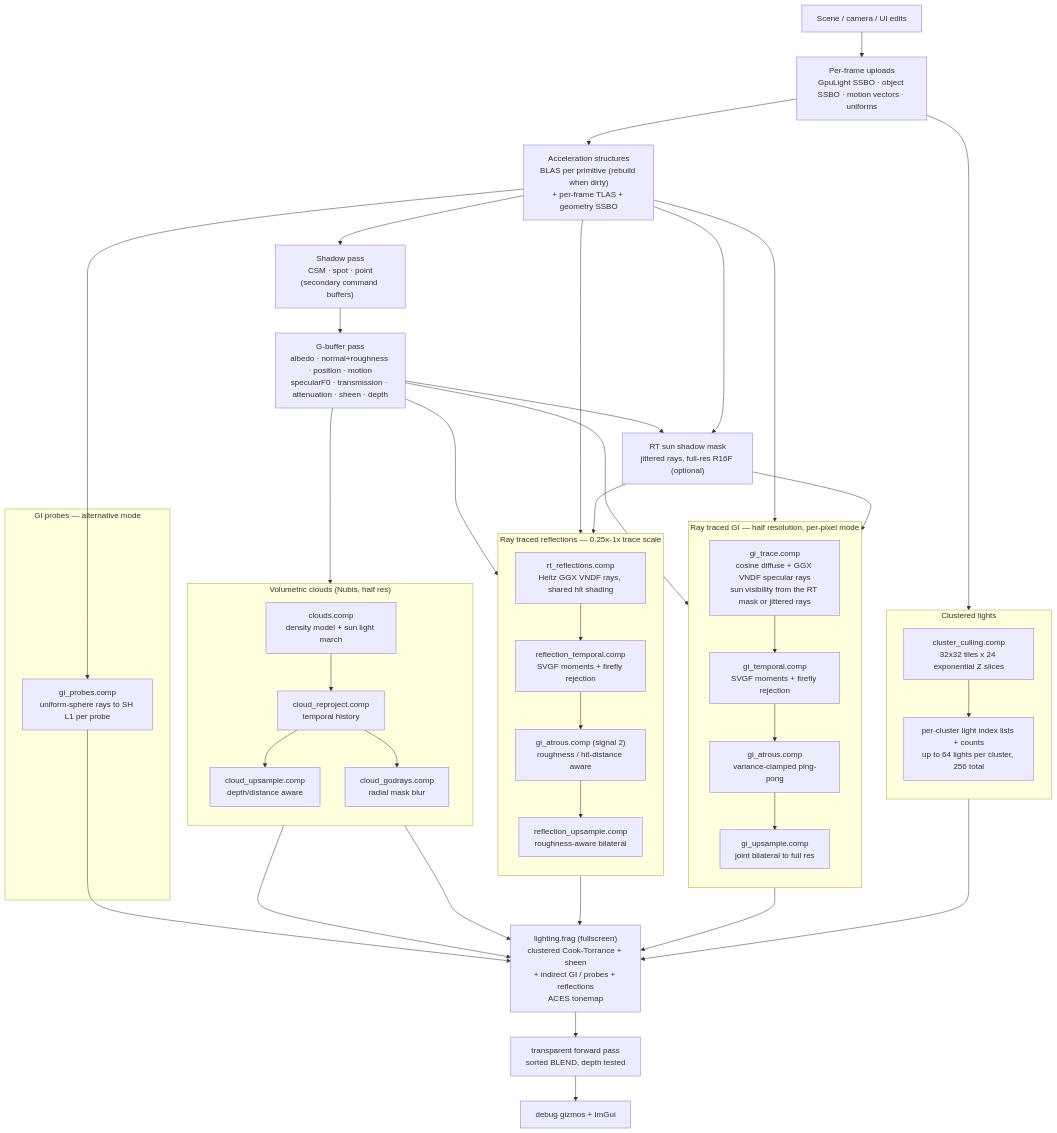
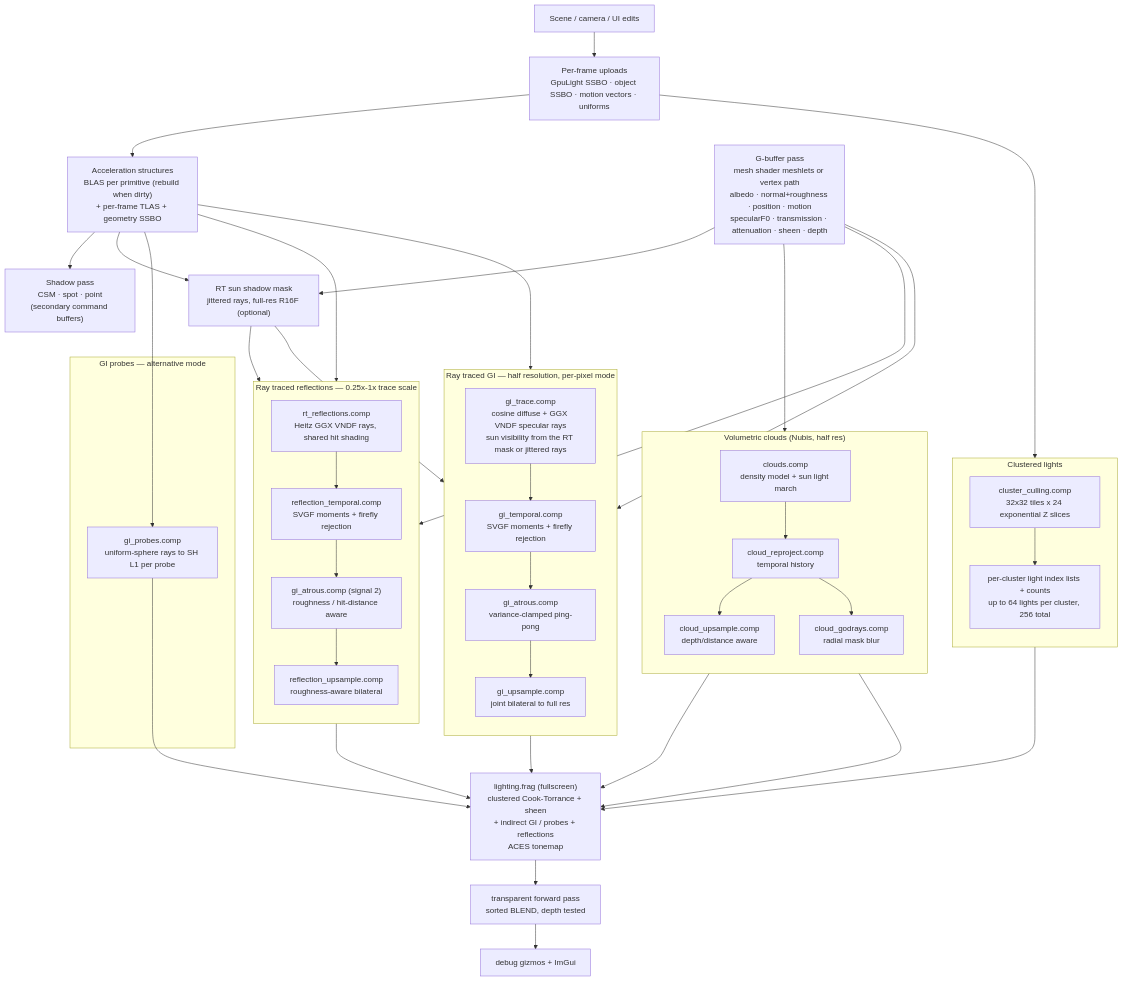
Before and after one commit to mukarramarif/MukkiRebornEngine: the diagram in readme.md, drawn with Mermaid. The commit also changed other lines of this file and 27 other files, not shown here.

````diff
--- a/readme.md
+++ b/readme.md
@@ -130,68 +130,68 @@
 ```mermaid
 flowchart TB
     CPU["Scene / camera / UI edits"] --> UPLOAD["Per-frame uploads<br/>GpuLight SSBO · object SSBO · motion vectors · uniforms"]
     UPLOAD --> AS["Acceleration structures<br/>BLAS per primitive (rebuild when dirty)<br/>+ per-frame TLAS + geometry SSBO"]
 
     AS --> SHADOW["Shadow pass<br/>CSM · spot · point<br/>(secondary command buffers)"]
-    SHADOW --> GBUFFER["G-buffer pass<br/>albedo · normal+roughness · position · motion<br/>specularF0 · transmission · attenuation · sheen · depth"]
+    GBUFFER["G-buffer pass<br/>mesh shader meshlets or vertex path<br/>albedo · normal+roughness · position · motion<br/>specularF0 · transmission · attenuation · sheen · depth"]
     GBUFFER --> RTSHADOW["RT sun shadow mask<br/>jittered rays, full-res R16F (optional)"]
     AS --> RTSHADOW
 
     subgraph CLUSTERS ["Clustered lights"]
         direction TB
         CULL["cluster_culling.comp<br/>32x32 tiles x 24 exponential Z slices"]
         LISTS["per-cluster light index lists + counts<br/>up to 64 lights per cluster, 256 total"]
         CULL --> LISTS
     end
     UPLOAD --> CULL
 
     subgraph GI ["Ray traced GI — half resolution, per-pixel mode"]
         direction TB
         TRACE["gi_trace.comp<br/>cosine diffuse + GGX VNDF specular rays<br/>sun visibility from the RT mask or jittered rays"]
         TEMPORAL["gi_temporal.comp<br/>SVGF moments + firefly rejection"]
         ATROUS["gi_atrous.comp<br/>variance-clamped ping-pong"]
         UPSAMPLE["gi_upsample.comp<br/>joint bilateral to full res"]
         TRACE --> TEMPORAL --> ATROUS --> UPSAMPLE
     end
     GBUFFER --> TRACE
     AS --> TRACE
     RTSHADOW --> TRACE
 
     subgraph PROBES ["GI probes — alternative mode"]
         PROBEPASS["gi_probes.comp<br/>uniform-sphere rays to SH L1 per probe"]
     end
     AS --> PROBEPASS
 
     subgraph REFL ["Ray traced reflections — 0.25x-1x trace scale"]
         direction TB
         RTRACE["rt_reflections.comp<br/>Heitz GGX VNDF rays, shared hit shading"]
         RTEMPORAL["reflection_temporal.comp<br/>SVGF moments + firefly rejection"]
         RATROUS["gi_atrous.comp (signal 2)<br/>roughness / hit-distance aware"]
         RUP["reflection_upsample.comp<br/>roughness-aware bilateral"]
         RTRACE --> RTEMPORAL --> RATROUS --> RUP
     end
     GBUFFER --> RTRACE
     AS --> RTRACE
     RTSHADOW --> RTRACE
 
     subgraph CLOUDS ["Volumetric clouds (Nubis, half res)"]
         direction TB
         CMARCH["clouds.comp<br/>density model + sun light march"]
         CTEMP["cloud_reproject.comp<br/>temporal history"]
         CUP["cloud_upsample.comp<br/>depth/distance aware"]
         CGOD["cloud_godrays.comp<br/>radial mask blur"]
         CMARCH --> CTEMP --> CUP
         CTEMP --> CGOD
     end
     GBUFFER --> CMARCH
     CUP --> LIGHTING
     CGOD --> LIGHTING
 
     LIGHTING["lighting.frag (fullscreen)<br/>clustered Cook-Torrance + sheen<br/>+ indirect GI / probes + reflections<br/>ACES tonemap"]
     LISTS --> LIGHTING
     UPSAMPLE --> LIGHTING
     PROBEPASS --> LIGHTING
     RUP --> LIGHTING
     LIGHTING --> TRANSPARENT["transparent forward pass<br/>sorted BLEND, depth tested"]
     TRANSPARENT --> OVERLAY["debug gizmos + ImGui"]
 ```
````
